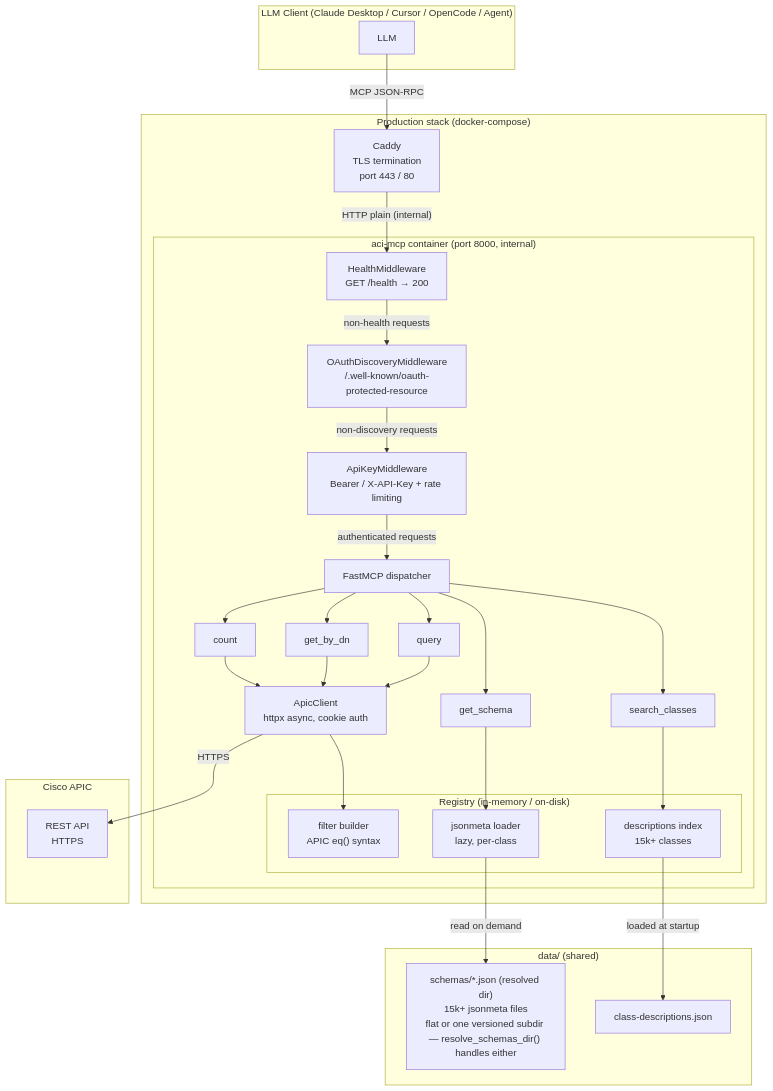
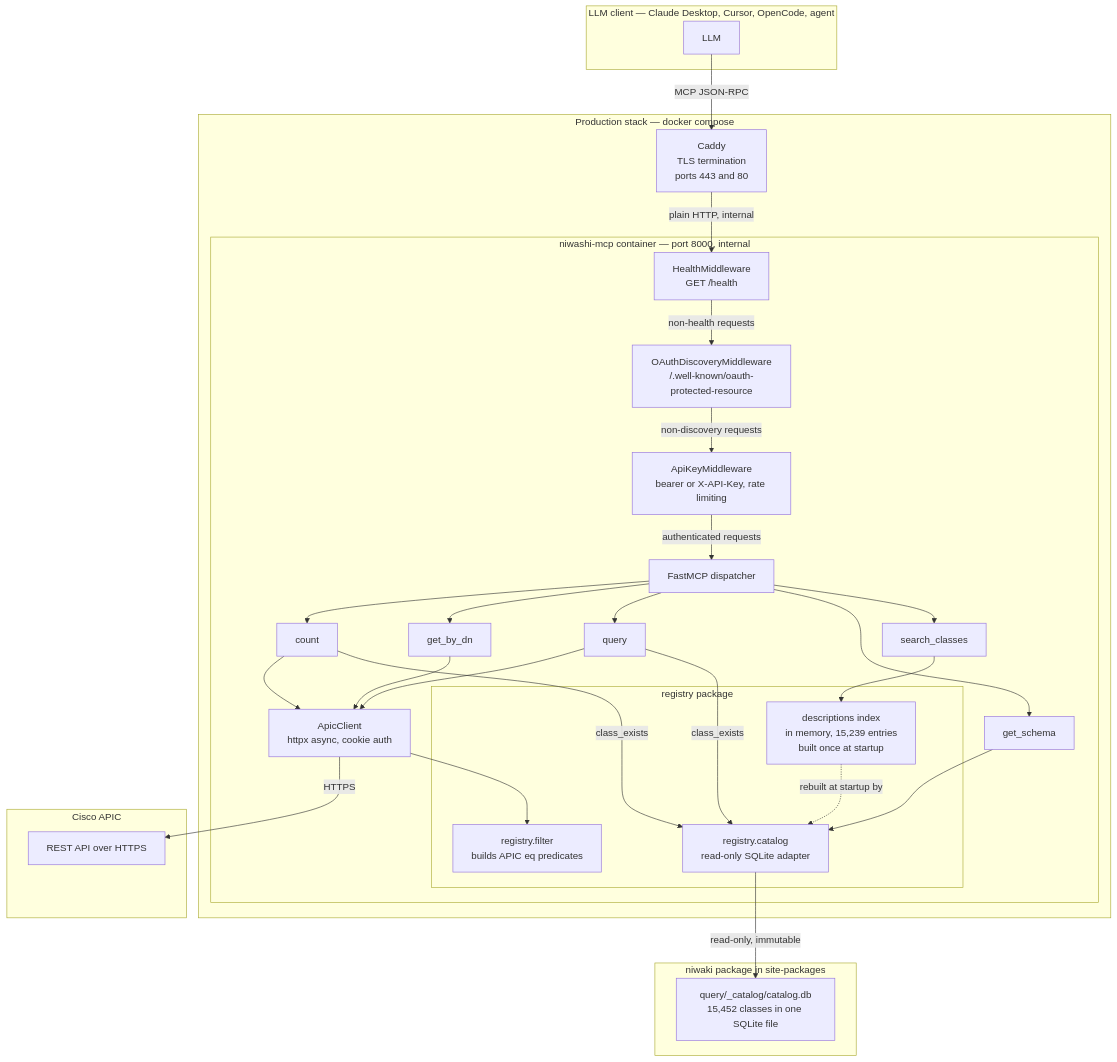
The second of 3 diagrams in docs/architecture/overview.md (k3l0-dev/aci-mcp), drawn with Mermaid before and after one commit. The commit also changed other lines of this file and 27 other files, not shown here.

````diff
--- a/docs/architecture/overview.md
+++ b/docs/architecture/overview.md
@@ -41,56 +85,57 @@
 ```mermaid
 graph TB
-    subgraph client["LLM Client (Claude Desktop / Cursor / OpenCode / Agent)"]
+    subgraph client["LLM client — Claude Desktop, Cursor, OpenCode, agent"]
         llm["LLM"]
     end
 
-    subgraph prod["Production stack (docker-compose)"]
-        caddy["Caddy\nTLS termination\nport 443 / 80"]
-        subgraph mcp_server["aci-mcp container (port 8000, internal)"]
-            health["HealthMiddleware\nGET /health → 200"]
-            oauth["OAuthDiscoveryMiddleware\n/.well-known/oauth-protected-resource"]
-            auth["ApiKeyMiddleware\nBearer / X-API-Key + rate limiting"]
+    subgraph prod["Production stack — docker compose"]
+        caddy["Caddy<br/>TLS termination<br/>ports 443 and 80"]
+        subgraph mcp_server["niwashi-mcp container — port 8000, internal"]
+            health["HealthMiddleware<br/>GET /health"]
+            oauth["OAuthDiscoveryMiddleware<br/>/.well-known/oauth-protected-resource"]
+            auth["ApiKeyMiddleware<br/>bearer or X-API-Key, rate limiting"]
             fm["FastMCP dispatcher"]
             t1["search_classes"]
             t2["get_schema"]
             t3["query"]
             t4["get_by_dn"]
             t5["count"]
-            subgraph registry["Registry (in-memory / on-disk)"]
-                desc["descriptions index\n15k+ classes"]
-                schema["jsonmeta loader\nlazy, per-class"]
-                filt["filter builder\nAPIC eq() syntax"]
+            subgraph registry["registry package"]
+                desc["descriptions index<br/>in memory, 15,239 entries<br/>built once at startup"]
+                cat["registry.catalog<br/>read-only SQLite adapter"]
+                filt["registry.filter<br/>builds APIC eq predicates"]
             end
-            apic_client["ApicClient\nhttpx async, cookie auth"]
+            apic_client["ApicClient<br/>httpx async, cookie auth"]
         end
     end
 
     subgraph apic["Cisco APIC"]
-        rest["REST API\nHTTPS"]
+        rest["REST API over HTTPS"]
     end
 
-    subgraph datastore["data/ (shared)"]
-        json["class-descriptions.json"]
-        schemas_dir["schemas/*.json (resolved dir)\n15k+ jsonmeta files\nflat or one versioned subdir — resolve_schemas_dir() handles either"]
+    subgraph dep["niwaki package in site-packages"]
+        db["query/_catalog/catalog.db<br/>15,452 classes in one SQLite file"]
     end
 
     llm -->|"MCP JSON-RPC"| caddy
-    caddy -->|"HTTP plain (internal)"| health
+    caddy -->|"plain HTTP, internal"| health
     health -->|"non-health requests"| oauth
     oauth -->|"non-discovery requests"| auth
     auth -->|"authenticated requests"| fm
     fm --> t1
     fm --> t2
     fm --> t3
     fm --> t4
     fm --> t5
     t1 --> desc
-    t2 --> schema
+    t2 --> cat
+    t3 -->|"class_exists"| cat
     t3 --> apic_client
     t4 --> apic_client
+    t5 -->|"class_exists"| cat
     t5 --> apic_client
     apic_client --> filt
-    desc -->|"loaded at startup"| json
-    schema -->|"read on demand"| schemas_dir
+    cat -->|"read-only, immutable"| db
+    desc -.->|"rebuilt at startup by"| cat
     apic_client -->|"HTTPS"| rest
 ```
````
